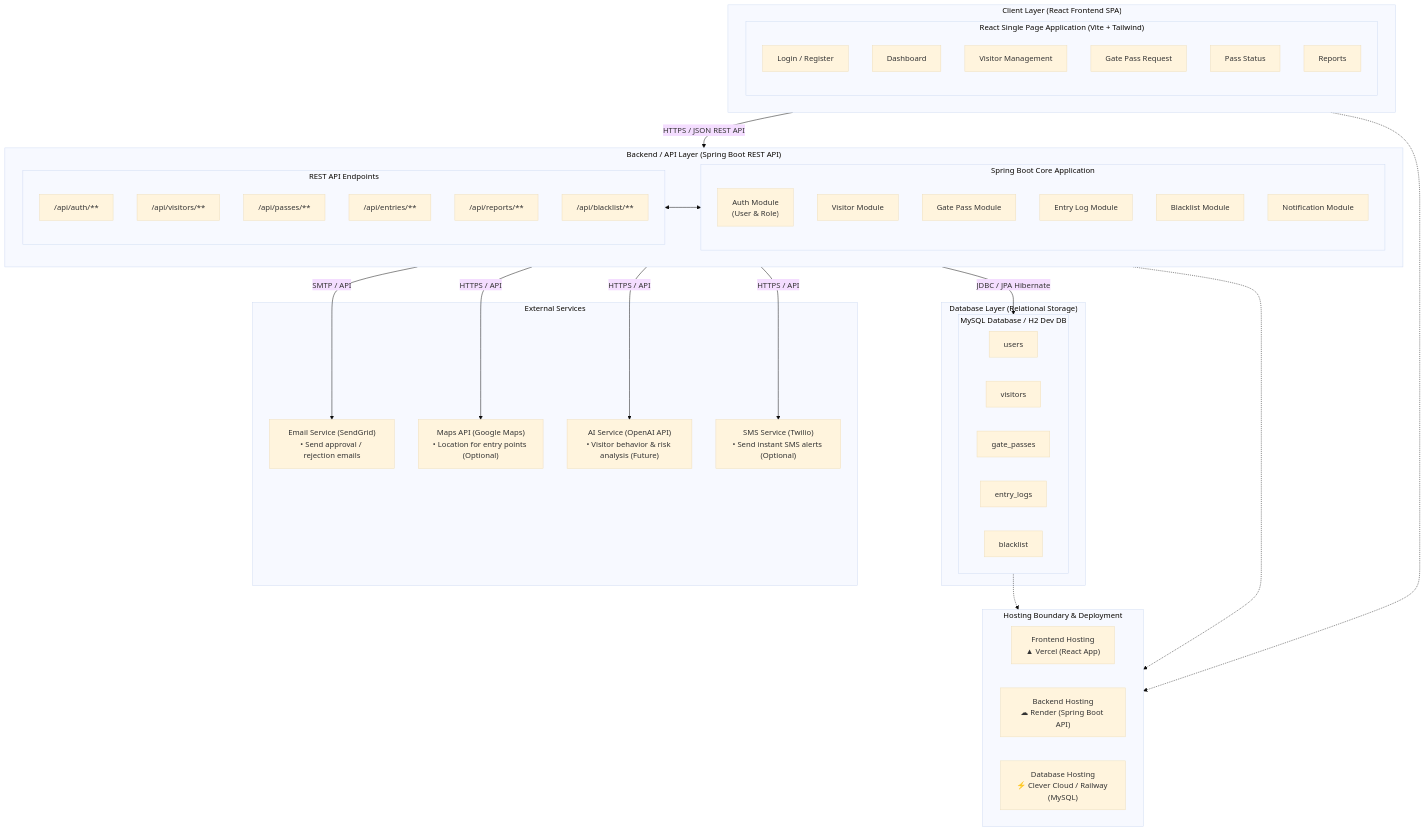
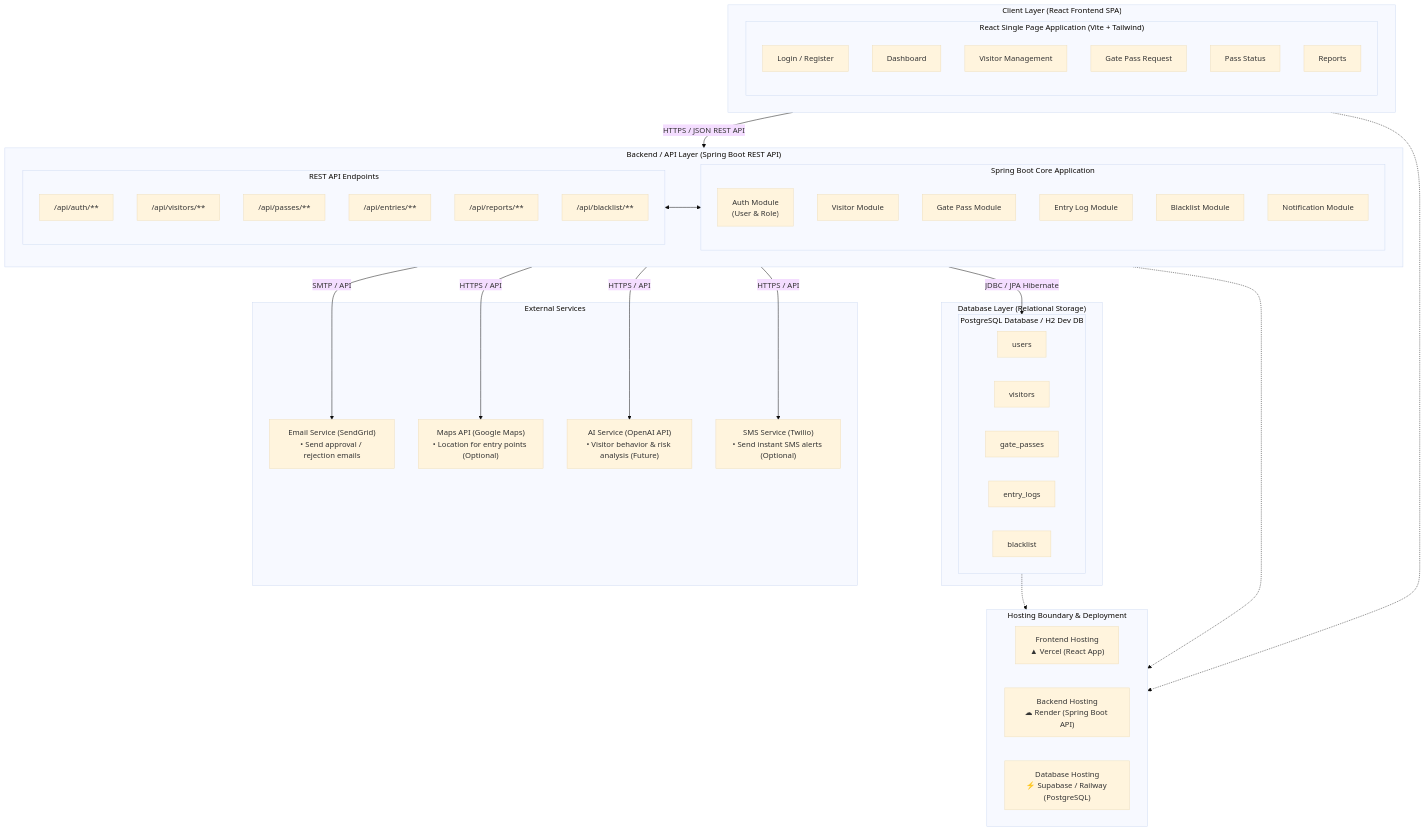
Before and after one commit to failxstar/visitor-gate-pass-system: the diagram in docs/diagrams/architecture.md, drawn with Mermaid (base theme). The commit also changed other lines of this file and 3 other files, not shown here.

Commit message:
chore: fix frontend linting errors and update docs for PostgreSQL

````diff
--- a/docs/diagrams/architecture.md
+++ b/docs/diagrams/architecture.md
@@ -47,7 +47,7 @@
     %% DATABASE LAYER
     %% -------------------------------------------------------------
     subgraph DatabaseLayer ["Database Layer (Relational Storage)"]
-        subgraph MySQLDB ["MySQL Database / H2 Dev DB"]
+        subgraph PostgreSQLDB ["PostgreSQL Database / H2 Dev DB"]
             T1["users"]
             T2["visitors"]
             T3["gate_passes"]
@@ -73,13 +73,13 @@
         direction LR
         Host_Vercel["Frontend Hosting<br/>▲ Vercel (React App)"]
         Host_Render["Backend Hosting<br/>☁ Render (Spring Boot API)"]
-        Host_DB["Database Hosting<br/>⚡ Clever Cloud / Railway (MySQL)"]
+        Host_DB["Database Hosting<br/>⚡ Supabase / Railway (PostgreSQL)"]
     end
 
     %% Communications & Data Flow
     ReactApp -->|"HTTPS / JSON REST API"| RestAPI
     RestAPI <--> SpringApp
-    SpringApp -->|"JDBC / JPA Hibernate"| MySQLDB
+    SpringApp -->|"JDBC / JPA Hibernate"| PostgreSQLDB
 
     SpringApp -->|"SMTP / API"| EmailService
     SpringApp -->|"HTTPS / API"| MapsAPI
@@ -88,5 +88,5 @@
 
     ReactApp -.-> Host_Vercel
     SpringApp -.-> Host_Render
-    MySQLDB -.-> Host_DB
+    PostgreSQLDB -.-> Host_DB
 ```
````
